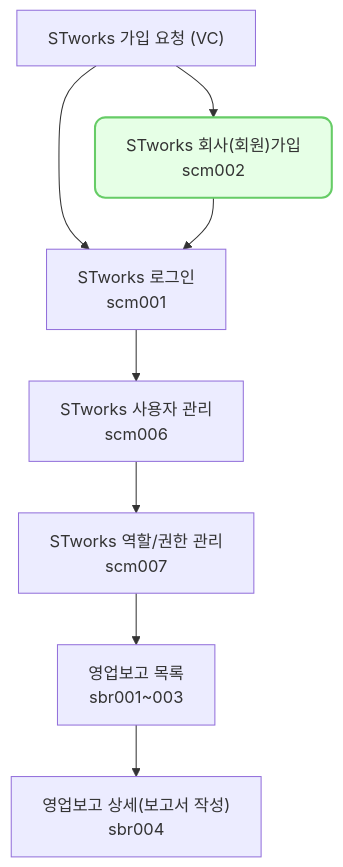
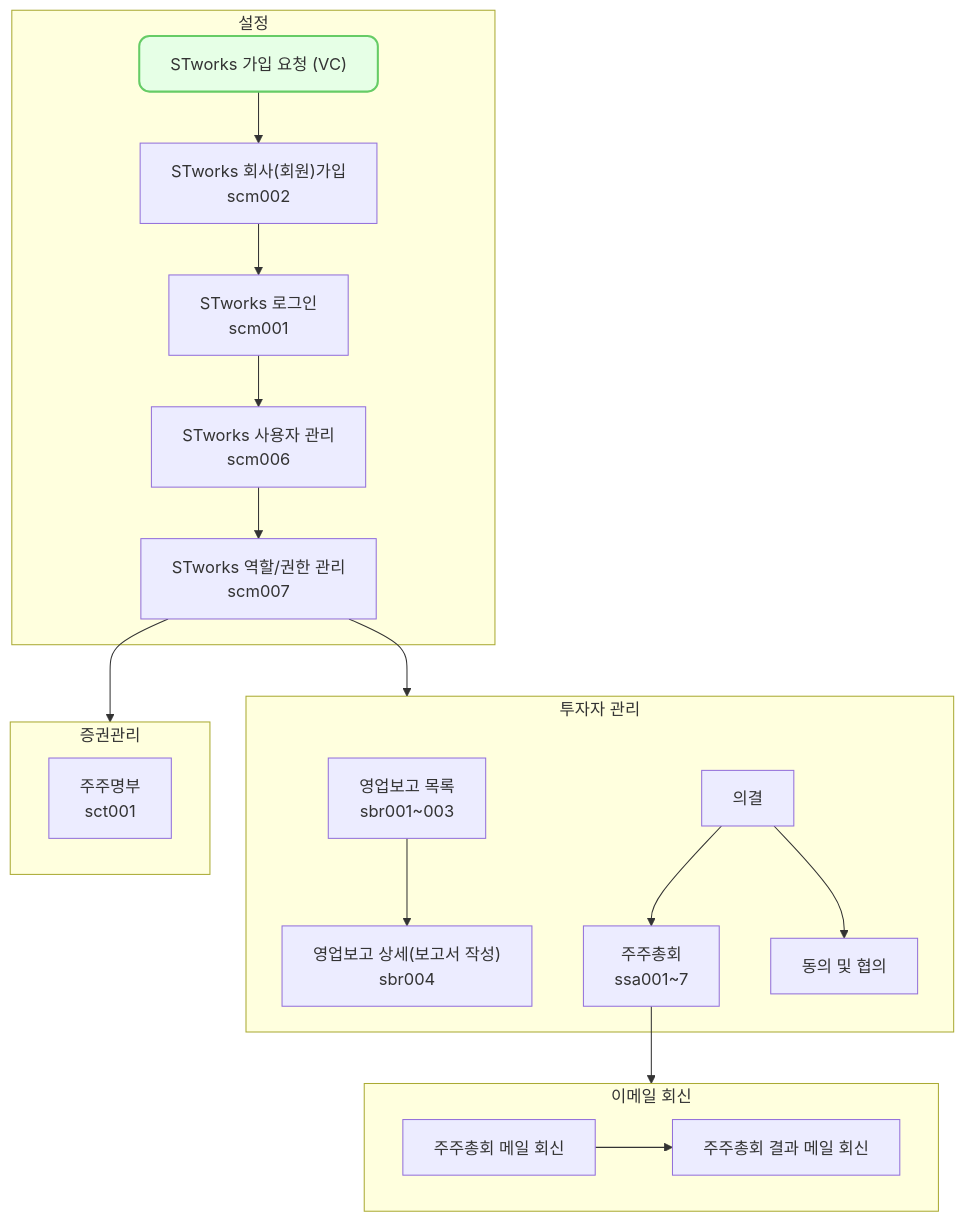
The diagram in _posts/2024-09-01-scm002.md (ddock-ddock/stworks.github.io), drawn with Mermaid before and after one commit. The commit also changed other lines of this file and 6 other files, not shown here.

````diff
--- a/_posts/2024-09-01-scm002.md
+++ b/_posts/2024-09-01-scm002.md
@@ -36,27 +36,61 @@
 ```mermaid
 flowchart TD
-    n1["STworks 가입 요청 (VC)"]
-    n2["STworks 회사(회원)가입<br>scm002"]
-    n3["STworks 로그인<br>scm001"]
-    n4["STworks 사용자 관리<br>scm006"]
-    n5["STworks 역할/권한 관리<br>scm007"]
-    n6["영업보고 목록<br>sbr001~003"]
-    n7["영업보고 상세(보고서 작성)<br>sbr004"]
-    
-    n1 --> n2
-    n1 --> n3
-    n2 --> n3
-    n3 --> n4
-    n4 --> n5
-    n5 --> n6
-    n6 --> n7
 
-    click n2 "{% post_url 2024-09-01-scm002 %}" " "
-    click n3 "{% post_url 2024-09-02-scm001 %}" " "
-    click n4 "{% post_url 2024-09-03-scm006 %}" " "
-    click n5 "{% post_url 2024-09-04-scm007 %}" " "
-    click n6 "{% post_url 2024-09-05-sbr001 %}" " "
-    click n7 "{% post_url 2024-09-06-sbr004 %}" " "
+subgraph s1["설정"]
+    n1["STworks 가입 요청 (VC)"]
+    n2["STworks 회사(회원)가입<br>scm002"]
+    n3["STworks 로그인<br>scm001"]
+    n4["STworks 사용자 관리<br>scm006"]
+    n5["STworks 역할/권한 관리<br>scm007"]
+end
 
-    style n2 fill:#e6ffe6,stroke:#66cc66,stroke-width:2px,rx:10,ry:10,color:#333333,fontColor:#333333
+  
+
+subgraph s2["투자자 관리"]
+    n6["영업보고 목록<br>sbr001~003"]
+    n7["영업보고 상세(보고서 작성)<br>sbr004"]
+    n9["의결"]
+    n10["주주총회<br>ssa001~7"]
+    n11["동의 및 협의"]
+end
+
+  
+
+subgraph s3["증권관리"]
+    n8["주주명부<br>sct001"]
+end
+
+  
+
+subgraph s4["이메일 회신"]
+    n12["주주총회 메일 회신"]
+    n13["주주총회 결과 메일 회신"]
+end
+
+
+    n1 --> n2
+    n2 --> n3
+    n3 --> n4
+    n4 --> n5
+    n5 --> s2 & s3
+    n6 --> n7
+    n9 --> n10 & n11
+    n10 --> s4
+    n12 --> n13
+
+  
+  
+
+    style n1 fill:#e6ffe6,stroke:#66cc66,stroke-width:2px,rx:10,ry:10,color:#333333,fontColor:#333333
+
+    click n2 "{% post_url 2024-09-01-scm002 %}"
+    click n3 "{% post_url 2024-09-02-scm001 %}"
+    click n4 "{% post_url 2024-09-03-scm006 %}"
+    click n5 "{% post_url 2024-09-04-scm007 %}"
+    click n6 "{% post_url 2024-09-05-sbr001 %}"
+    click n7 "{% post_url 2024-09-06-sbr004 %}"
+    click n8 "{% post_url 2024-09-07-sct001 %}"
+    click n10 "{% post_url 2024-09-08-ssa001~7 %}"
+    click n12 "{% post_url 2024-09-09-sie002 %}"
+    click n13 "{% post_url 2024-09-10-sie003 %}"
 ```
````
